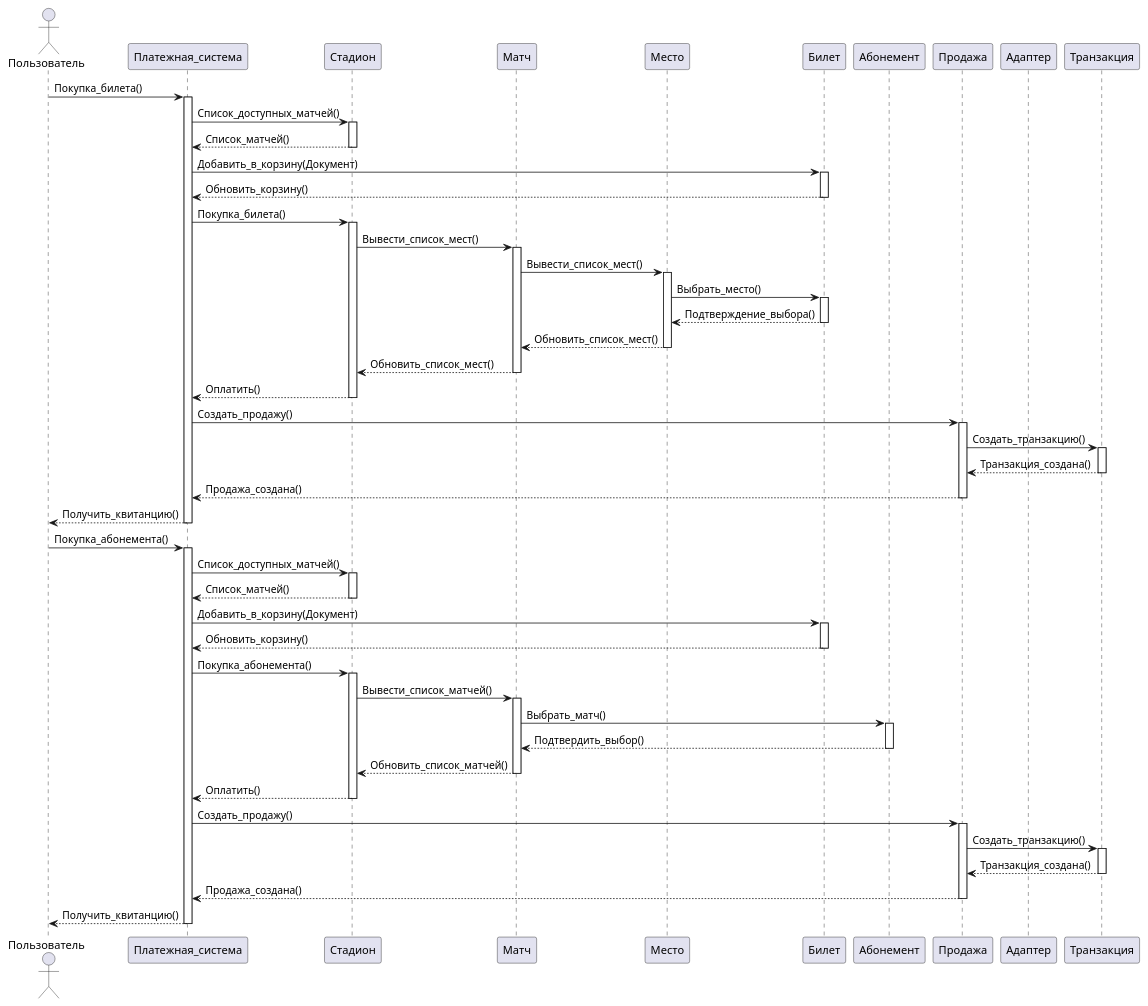
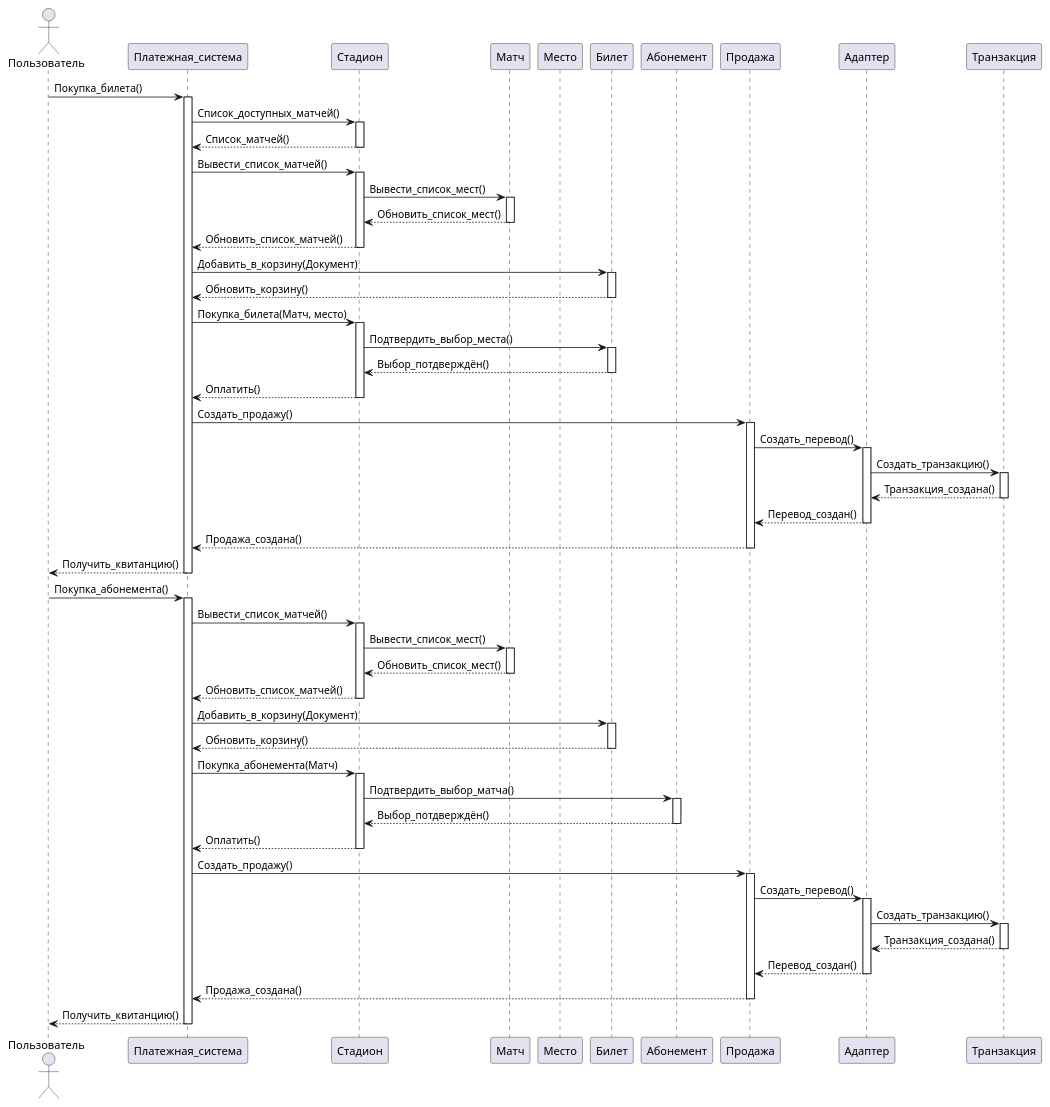
The diagram in Диаграмма последовательности.md (penamarth/bsbo-13-22_team3_var10), drawn with PlantUML before and after one commit.

Commit message:
Update Диаграмма последовательности.md

````diff
--- a/Диаграмма последовательности.md
+++ b/Диаграмма последовательности.md
@@ -1,5 +1,5 @@
 ```plantuml
-@startuml
+@startuml Диаграмма последовательности:
 
 actor Пользователь
 participant Платежная_система
@@ -21,34 +21,40 @@
 activate Стадион
 Стадион --> Платежная_система: Список_матчей()
 deactivate Стадион
+
+Платежная_система -> Стадион: Вывести_список_матчей()
+activate Стадион
+Стадион -> Матч: Вывести_список_мест()
+activate Матч
+Матч --> Стадион: Обновить_список_мест()
+deactivate Матч
+Стадион --> Платежная_система: Обновить_список_матчей()
+deactivate Стадион
+
 Платежная_система -> Билет: Добавить_в_корзину(Документ)
 activate Билет
 Билет --> Платежная_система: Обновить_корзину()
 deactivate Билет
 
-Платежная_система -> Стадион: Покупка_билета()
+Платежная_система -> Стадион: Покупка_билета(Матч, место)
 activate Стадион
-Стадион -> Матч: Вывести_список_мест()
-activate Матч
-Матч -> Место: Вывести_список_мест()
-activate Место
-Место -> Билет: Выбрать_место()
+Стадион -> Билет: Подтвердить_выбор_места()
 activate Билет
-Билет --> Место: Подтверждение_выбора()
+Билет --> Стадион: Выбор_потдверждён()
 deactivate Билет
-Место --> Матч: Обновить_список_мест()
-deactivate Место
-Матч --> Стадион: Обновить_список_мест()
-deactivate Матч
 Стадион --> Платежная_система: Оплатить()
 deactivate Стадион
 
 Платежная_система -> Продажа: Создать_продажу()
 activate Продажа
-Продажа -> Транзакция: Создать_транзакцию()
+Продажа -> Адаптер: Создать_перевод()
+activate Адаптер
+Адаптер -> Транзакция: Создать_транзакцию()
 activate Транзакция
-Транзакция --> Продажа: Транзакция_создана()
+Транзакция --> Адаптер: Транзакция_создана()
 deactivate Транзакция
+Адаптер --> Продажа: Перевод_создан()
+deactivate Адаптер
 Продажа --> Платежная_система: Продажа_создана()
 deactivate
 
@@ -61,34 +67,39 @@
 Пользователь -> Платежная_система: Покупка_абонемента()
 activate Платежная_система
 
-Платежная_система -> Стадион: Список_доступных_матчей()
+Платежная_система -> Стадион: Вывести_список_матчей()
 activate Стадион
-Стадион --> Платежная_система: Список_матчей()
+Стадион -> Матч: Вывести_список_мест()
+activate Матч
+Матч --> Стадион: Обновить_список_мест()
+deactivate Матч
+Стадион --> Платежная_система: Обновить_список_матчей()
 deactivate Стадион
+
 Платежная_система -> Билет: Добавить_в_корзину(Документ)
 activate Билет
 Билет --> Платежная_система: Обновить_корзину()
 deactivate Билет
 
-Платежная_система -> Стадион: Покупка_абонемента()
+Платежная_система -> Стадион: Покупка_абонемента(Матч)
 activate Стадион
-Стадион -> Матч: Вывести_список_матчей()
-activate Матч
-Матч -> Абонемент: Выбрать_матч()
+Стадион -> Абонемент: Подтвердить_выбор_матча()
 activate Абонемент
-Абонемент --> Матч: Подтвердить_выбор()
+Абонемент --> Стадион: Выбор_потдверждён()
 deactivate Абонемент
-Матч --> Стадион: Обновить_список_матчей()
-deactivate Матч
 Стадион --> Платежная_система: Оплатить()
 deactivate Стадион
 
 Платежная_система -> Продажа: Создать_продажу()
 activate Продажа
-Продажа -> Транзакция: Создать_транзакцию()
+Продажа -> Адаптер: Создать_перевод()
+activate Адаптер
+Адаптер -> Транзакция: Создать_транзакцию()
 activate Транзакция
-Транзакция --> Продажа: Транзакция_создана()
+Транзакция --> Адаптер: Транзакция_создана()
 deactivate Транзакция
+Адаптер --> Продажа: Перевод_создан()
+deactivate Адаптер
 Продажа --> Платежная_система: Продажа_создана()
 deactivate
 
@@ -98,4 +109,5 @@
 'Часть с Абонементом, конец.
 
 @enduml
+@enduml
 ```
````
